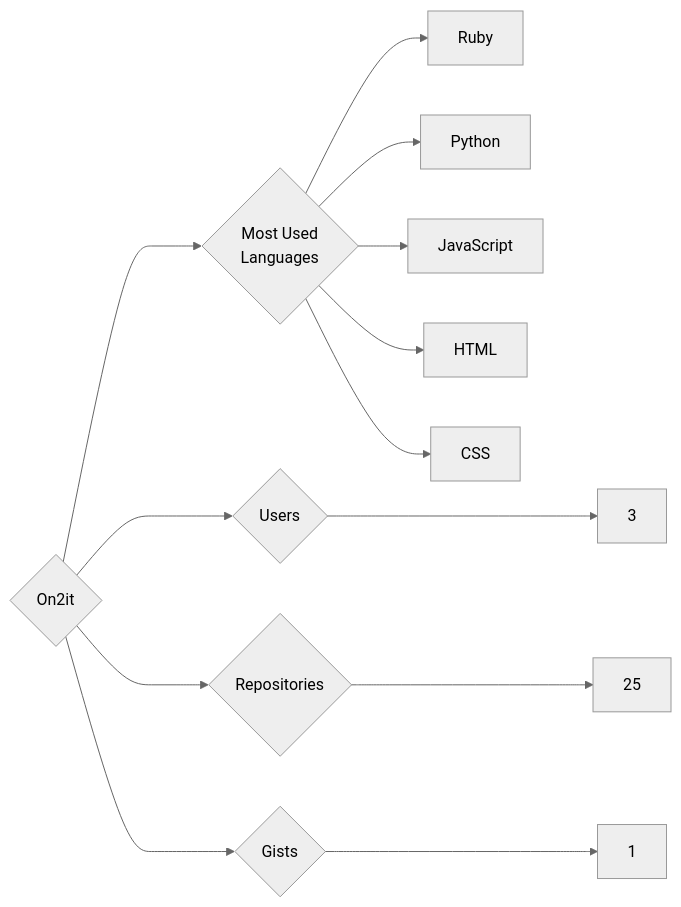
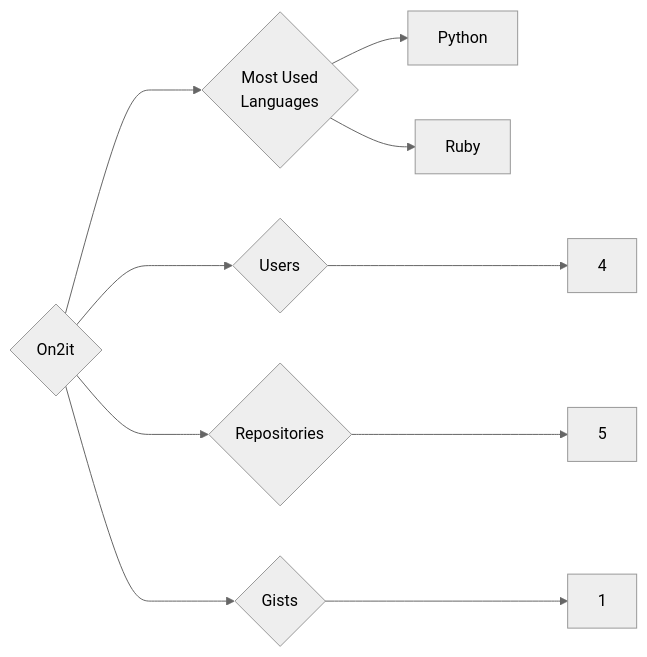
Before and after one commit to trickest/insiders: the diagram in targets/On2it/README.md, drawn with Mermaid (neutral theme). The commit also changed 928 other files, not shown here.

````diff
--- a/targets/On2it/README.md
+++ b/targets/On2it/README.md
@@ -3,13 +3,10 @@
 ```mermaid
 graph LR
 COMPANY_NAME{On2it}
-COMPANY_NAME ---> U{Users} ---> UN[3]
-COMPANY_NAME ---> R{Repositories} ---> RN[25]
+COMPANY_NAME ---> U{Users} ---> UN[4]
+COMPANY_NAME ---> R{Repositories} ---> RN[5]
 COMPANY_NAME ---> G{Gists} ---> GN[1]
 COMPANY_NAME ---> ML{Most Used<br>Languages}
+ML --> Python[Python]
 ML --> Ruby[Ruby]
-ML --> Python[Python]
-ML --> JavaScript[JavaScript]
-ML --> HTML[HTML]
-ML --> CSS[CSS]
 ```
````
